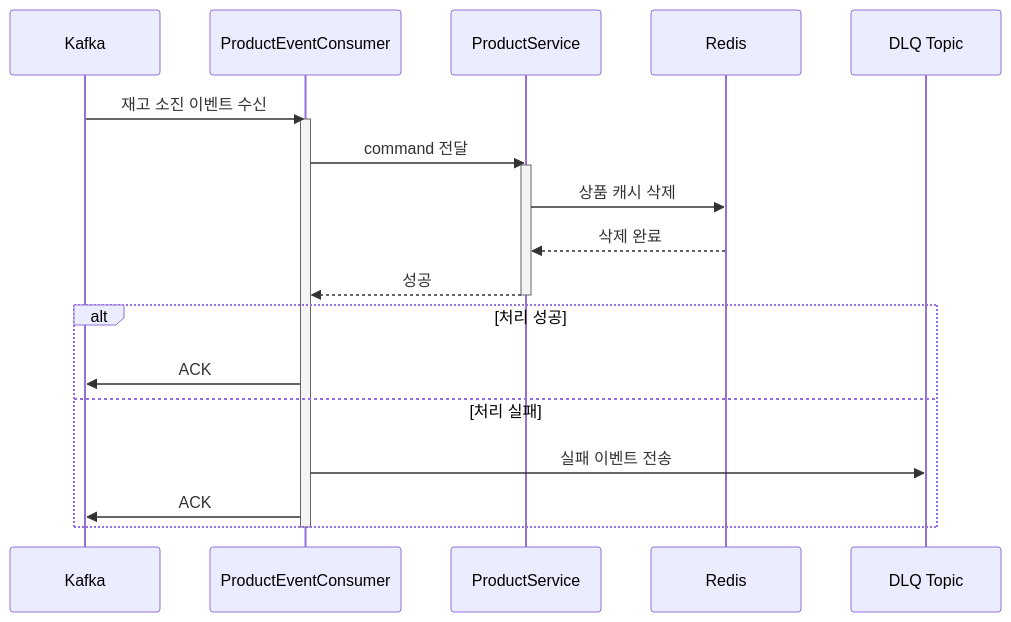
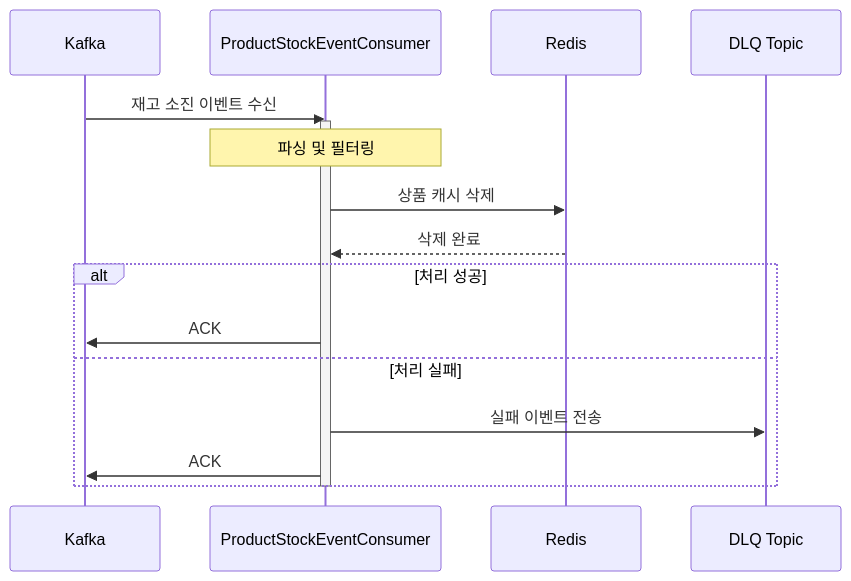
One commit to Loopers-dev-lab/loopers-spring-kotlin-template changed the third of 4 diagrams in docs/week8/round8-solution-design.md. Above: the diagram before and after it, drawn with Mermaid. The commit also changed other lines of this file and 2 other files, not shown here.

First line of the commit message:
refactor(docs): ProductStatistic 메서드 설계 업데이트

````diff
--- a/docs/week8/round8-solution-design.md
+++ b/docs/week8/round8-solution-design.md
@@ -199,26 +211,23 @@
 ```mermaid
 sequenceDiagram
     participant K as Kafka
-    participant PEC as ProductEventConsumer
-    participant PS as ProductService
+    participant PSEC as ProductStockEventConsumer
     participant Redis as Redis
     participant DLQ as DLQ Topic
 
-    K->>PEC: 재고 소진 이벤트 수신
-    activate PEC
-    
-    PEC->>PS: command 전달
-    activate PS
-    PS->>Redis: 상품 캐시 삭제
-    Redis-->>PS: 삭제 완료
-    PS-->>PEC: 성공
-    deactivate PS
-    
+    K->>PSEC: 재고 소진 이벤트 수신
+    activate PSEC
+
+    Note over PSEC: 파싱 및 필터링
+
+    PSEC->>Redis: 상품 캐시 삭제
+    Redis-->>PSEC: 삭제 완료
+
     alt 처리 성공
-        PEC->>K: ACK
+        PSEC->>K: ACK
     else 처리 실패
-        PEC->>DLQ: 실패 이벤트 전송
-        PEC->>K: ACK
+        PSEC->>DLQ: 실패 이벤트 전송
+        PSEC->>K: ACK
     end
-    deactivate PEC
+    deactivate PSEC
 ```
````
